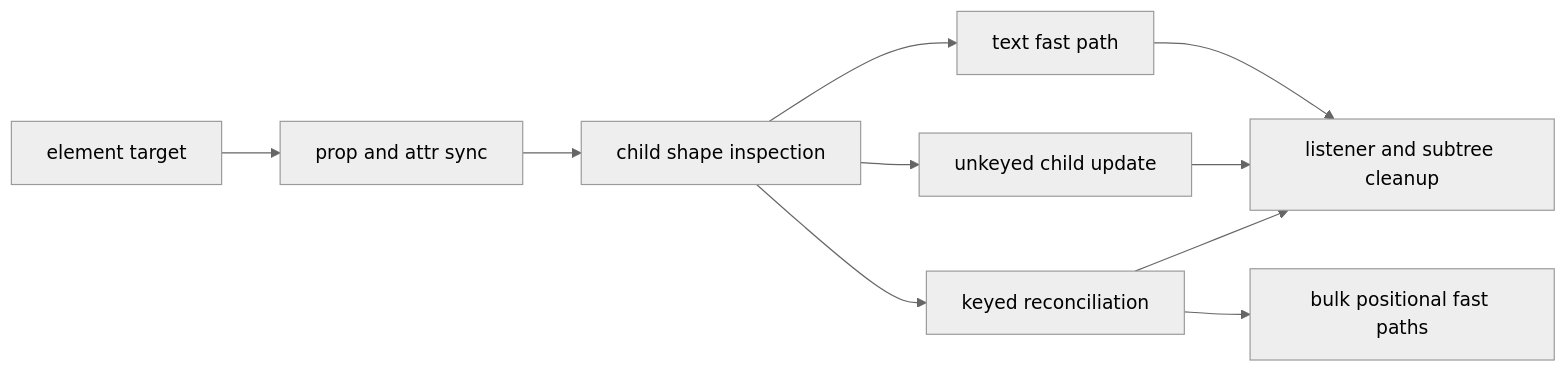
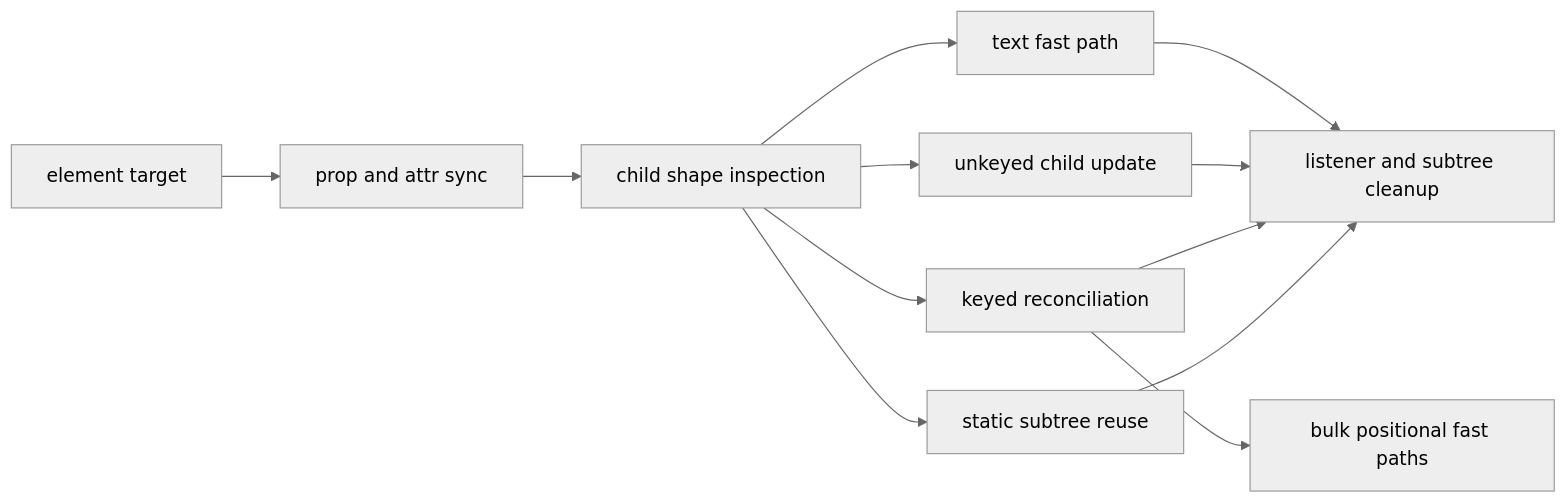
The fifth of 7 diagrams in docs/internals/renderer-pipeline.md (askrjs/askr), drawn with Mermaid (neutral theme) before and after one commit. The commit also changed other lines of this file and 18 other files, not shown here.

Commit message:
Tighten renderer and SSR architecture ownership

````diff
--- a/docs/internals/renderer-pipeline.md
+++ b/docs/internals/renderer-pipeline.md
@@ -74,21 +107,24 @@
 ```mermaid
 flowchart LR
   domNode[element target]
   props[prop and attr sync]
   childShape[child shape inspection]
   text[text fast path]
   unkeyed[unkeyed child update]
   keyed[keyed reconciliation]
+  staticReuse[static subtree reuse]
   bulk[bulk positional fast paths]
   cleanup[listener and subtree cleanup]
 
   domNode --> props
   props --> childShape
   childShape --> text
   childShape --> unkeyed
   childShape --> keyed
+  childShape --> staticReuse
   keyed --> bulk
   text --> cleanup
   unkeyed --> cleanup
   keyed --> cleanup
+  staticReuse --> cleanup
 ```
````
